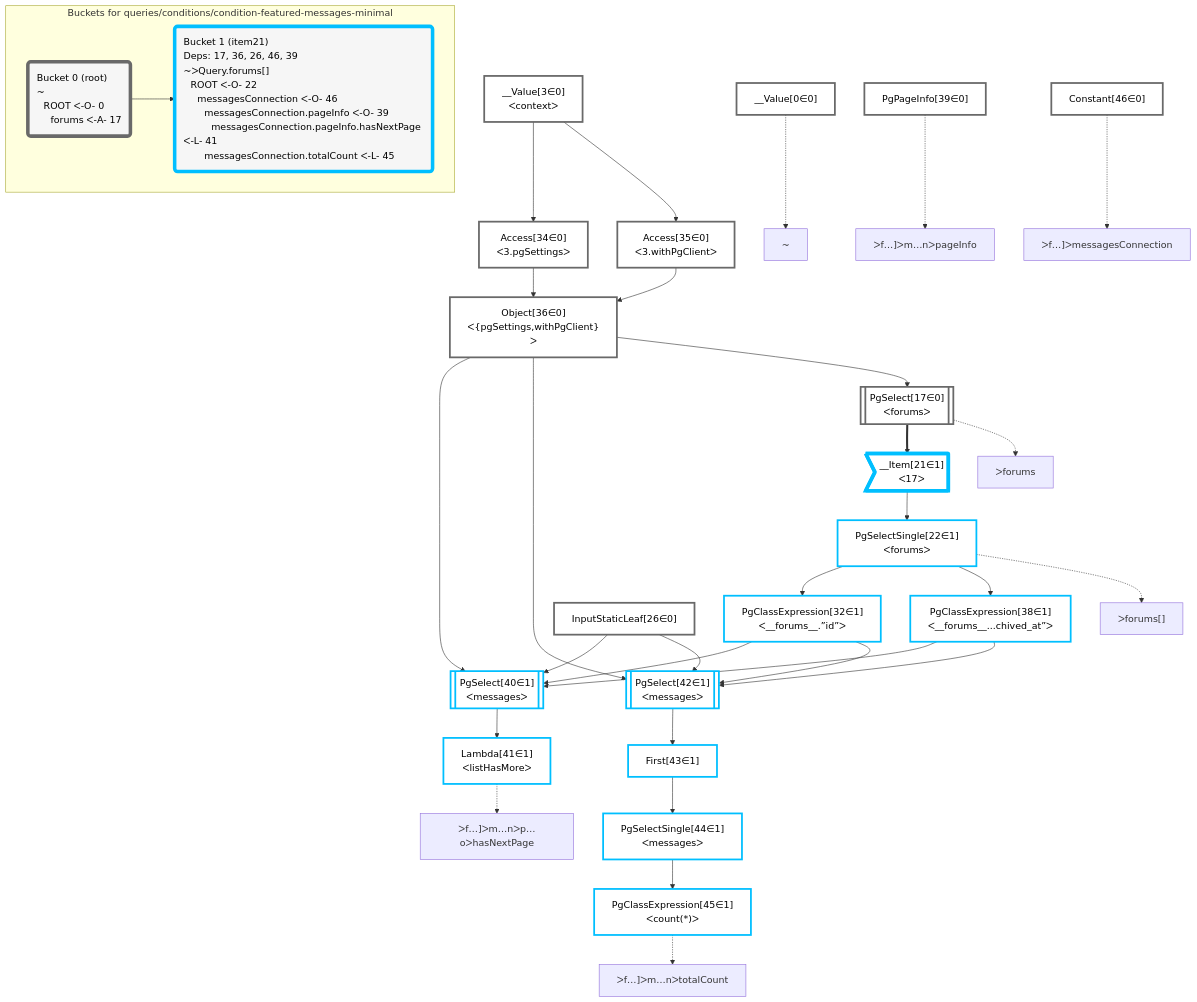
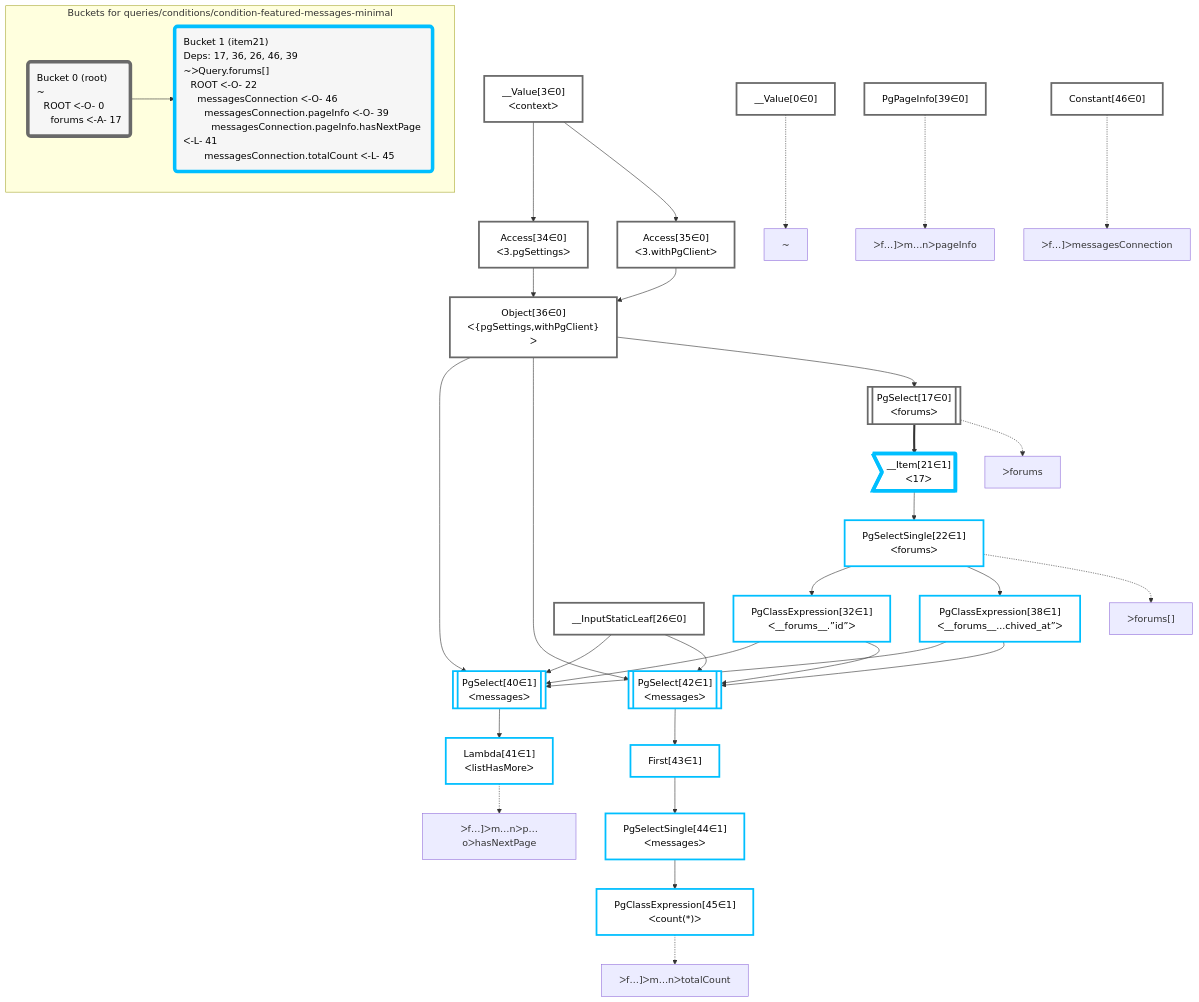
One commit to graphile/crystal changed the diagram in packages/dataplan-pg/__tests__/queries/conditions/condition-featured-messages-minimal.deopt.mermaid.md. Above: the diagram before and after it, drawn with Mermaid. The commit also changed 79 other files, not shown here.

````diff
--- a/packages/dataplan-pg/__tests__/queries/conditions/condition-featured-messages-minimal.deopt.mermaid.md
+++ b/packages/dataplan-pg/__tests__/queries/conditions/condition-featured-messages-minimal.deopt.mermaid.md
@@ -1,72 +1,72 @@
 ```mermaid
 graph TD
     classDef path fill:#eee,stroke:#000,color:#000
     classDef plan fill:#fff,stroke-width:3px,color:#000
     classDef itemplan fill:#fff,stroke-width:6px,color:#000
     classDef sideeffectplan fill:#f00,stroke-width:6px,color:#000
     classDef bucket fill:#f6f6f6,color:#000,stroke-width:6px,text-align:left
 
 
     %% define plans
     __Value0["__Value[0∈0]"]:::plan
     Lambda41["Lambda[41∈1]<br />ᐸlistHasMoreᐳ"]:::plan
     PgSelect40[["PgSelect[40∈1]<br />ᐸmessagesᐳ"]]:::plan
     PgClassExpression45["PgClassExpression[45∈1]<br />ᐸcount(*)ᐳ"]:::plan
     PgSelectSingle44["PgSelectSingle[44∈1]<br />ᐸmessagesᐳ"]:::plan
     First43["First[43∈1]"]:::plan
     PgSelect42[["PgSelect[42∈1]<br />ᐸmessagesᐳ"]]:::plan
     PgClassExpression32["PgClassExpression[32∈1]<br />ᐸ__forums__.”id”ᐳ"]:::plan
     PgClassExpression38["PgClassExpression[38∈1]<br />ᐸ__forums__...chived_at”ᐳ"]:::plan
     PgSelectSingle22["PgSelectSingle[22∈1]<br />ᐸforumsᐳ"]:::plan
     __Item21>"__Item[21∈1]<br />ᐸ17ᐳ"]:::itemplan
     PgSelect17[["PgSelect[17∈0]<br />ᐸforumsᐳ"]]:::plan
     Object36["Object[36∈0]<br />ᐸ{pgSettings,withPgClient}ᐳ"]:::plan
     Access34["Access[34∈0]<br />ᐸ3.pgSettingsᐳ"]:::plan
     Access35["Access[35∈0]<br />ᐸ3.withPgClientᐳ"]:::plan
     __Value3["__Value[3∈0]<br />ᐸcontextᐳ"]:::plan
-    InputStaticLeaf26["InputStaticLeaf[26∈0]"]:::plan
+    __InputStaticLeaf26["__InputStaticLeaf[26∈0]"]:::plan
     Constant46["Constant[46∈0]"]:::plan
     PgPageInfo39["PgPageInfo[39∈0]"]:::plan
 
     %% plan dependencies
     PgSelect40 --> Lambda41
-    Object36 & PgClassExpression32 & InputStaticLeaf26 & PgClassExpression38 --> PgSelect40
+    Object36 & PgClassExpression32 & __InputStaticLeaf26 & PgClassExpression38 --> PgSelect40
     PgSelectSingle44 --> PgClassExpression45
     First43 --> PgSelectSingle44
     PgSelect42 --> First43
-    Object36 & PgClassExpression32 & InputStaticLeaf26 & PgClassExpression38 --> PgSelect42
+    Object36 & PgClassExpression32 & __InputStaticLeaf26 & PgClassExpression38 --> PgSelect42
     PgSelectSingle22 --> PgClassExpression32
     PgSelectSingle22 --> PgClassExpression38
     __Item21 --> PgSelectSingle22
     PgSelect17 ==> __Item21
     Object36 --> PgSelect17
     Access34 & Access35 --> Object36
     __Value3 --> Access34
     __Value3 --> Access35
 
     %% plan-to-path relationships
     P0["~"]
     __Value0 -.-> P0
     P17["ᐳforums"]
     PgSelect17 -.-> P17
     P22["ᐳforums[]"]
     PgSelectSingle22 -.-> P22
     P39["ᐳf…]ᐳm…nᐳpageInfo"]
     PgPageInfo39 -.-> P39
     P41["ᐳf…]ᐳm…nᐳp…oᐳhasNextPage"]
     Lambda41 -.-> P41
     P45["ᐳf…]ᐳm…nᐳtotalCount"]
     PgClassExpression45 -.-> P45
     P46["ᐳf…]ᐳmessagesConnection"]
     Constant46 -.-> P46
 
     subgraph "Buckets for queries/conditions/condition-featured-messages-minimal"
     Bucket0("Bucket 0 (root)<br />~<br />⠀ROOT ᐸ-O- 0<br />⠀⠀forums ᐸ-A- 17"):::bucket
     classDef bucket0 stroke:#696969
-    class Bucket0,__Value0,__Value3,PgSelect17,InputStaticLeaf26,Access34,Access35,Object36,PgPageInfo39,Constant46 bucket0
+    class Bucket0,__Value0,__Value3,PgSelect17,__InputStaticLeaf26,Access34,Access35,Object36,PgPageInfo39,Constant46 bucket0
     Bucket1("Bucket 1 (item21)<br />Deps: 17, 36, 26, 46, 39<br />~ᐳQuery.forums[]<br />⠀ROOT ᐸ-O- 22<br />⠀⠀messagesConnection ᐸ-O- 46<br />⠀⠀⠀messagesConnection.pageInfo ᐸ-O- 39<br />⠀⠀⠀⠀messagesConnection.pageInfo.hasNextPage ᐸ-L- 41<br />⠀⠀⠀messagesConnection.totalCount ᐸ-L- 45"):::bucket
     classDef bucket1 stroke:#00bfff
     class Bucket1,__Item21,PgSelectSingle22,PgClassExpression32,PgClassExpression38,PgSelect40,Lambda41,PgSelect42,First43,PgSelectSingle44,PgClassExpression45 bucket1
     Bucket0 --> Bucket1
     end
 ```
````
